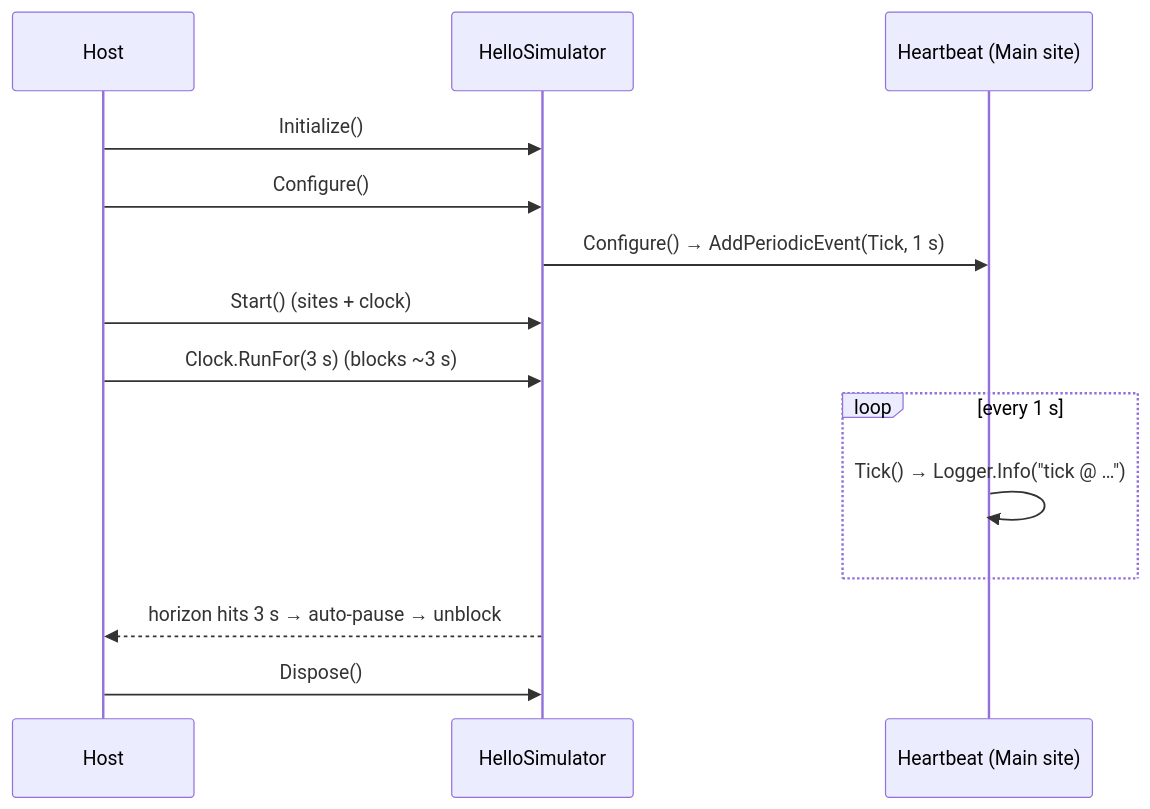
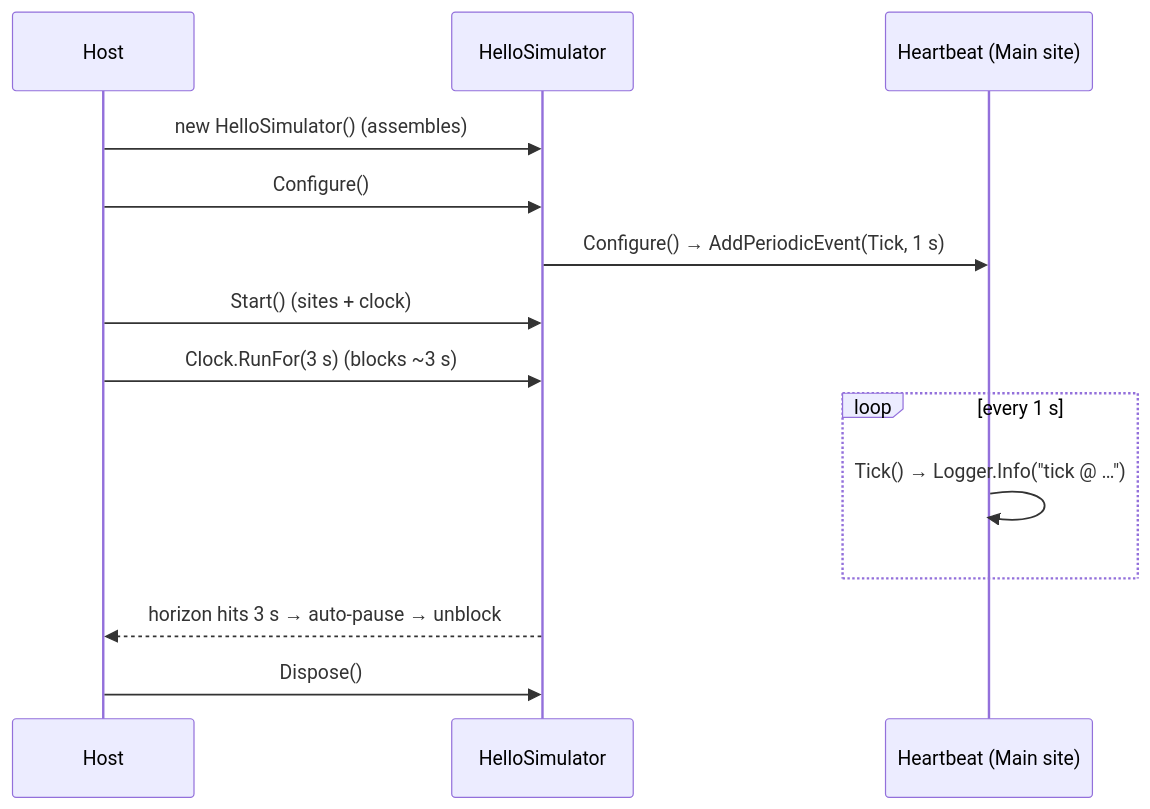
The second of 2 diagrams in public/content/scenario-hello-sim.md (SimulaSharp-org/simulasharp-docs), drawn with Mermaid before and after one commit. The commit also changed other lines of this file and 28 other files, not shown here.

````diff
--- a/public/content/scenario-hello-sim.md
+++ b/public/content/scenario-hello-sim.md
@@ -114,16 +113,16 @@
 ```mermaid
 sequenceDiagram
   participant H as Host
   participant Sim as HelloSimulator
   participant M as Heartbeat (Main site)
-  H->>Sim: Initialize()
+  H->>Sim: new HelloSimulator()  (assembles)
   H->>Sim: Configure()
   Sim->>M: Configure() → AddPeriodicEvent(Tick, 1 s)
   H->>Sim: Start() (sites + clock)
   H->>Sim: Clock.RunFor(3 s)  (blocks ~3 s)
   loop every 1 s
     M->>M: Tick() → Logger.Info("tick @ …")
   end
   Sim-->>H: horizon hits 3 s → auto-pause → unblock
   H->>Sim: Dispose()
 ```
````
